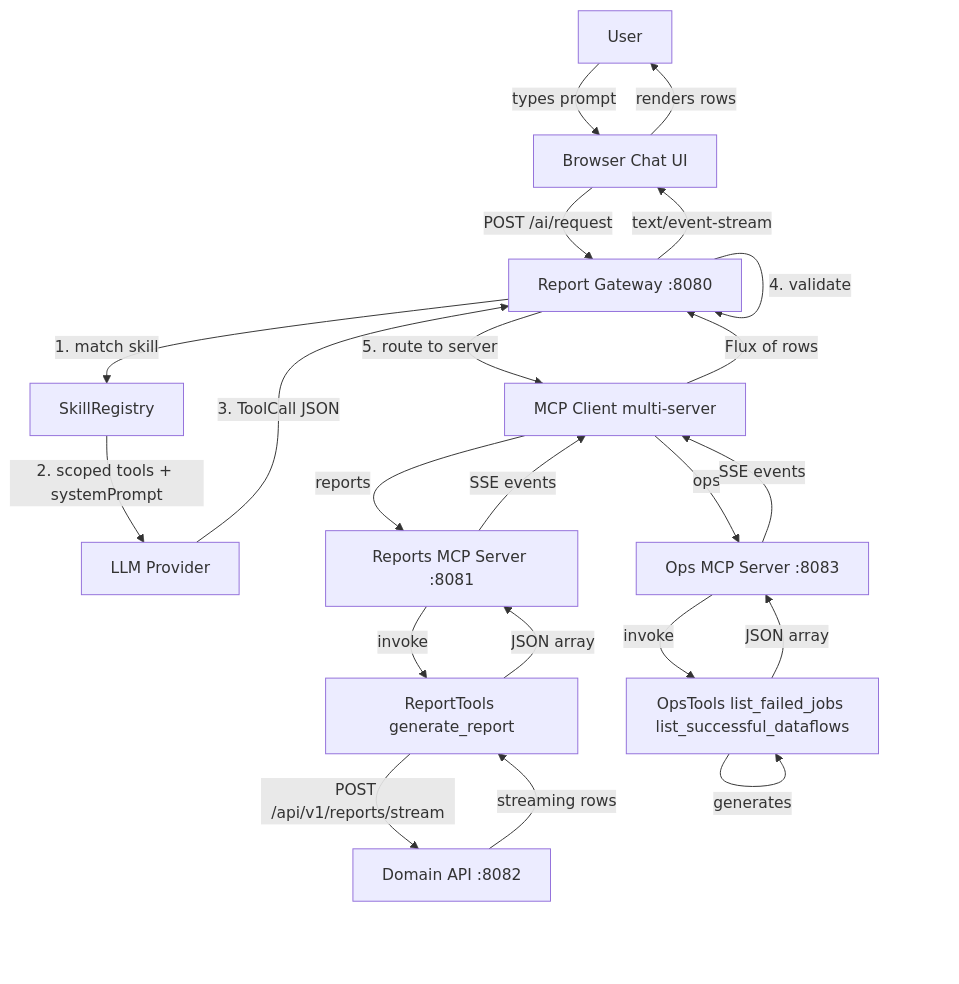
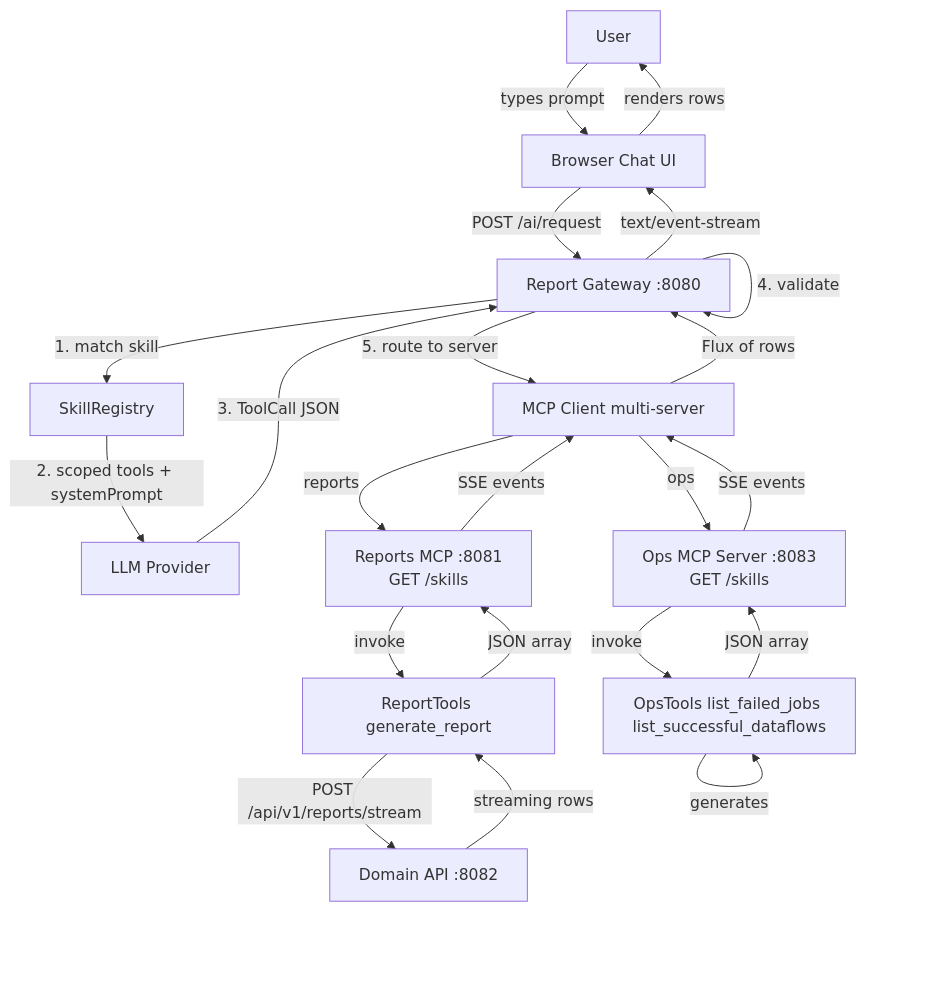
One commit to rajashashankmuppirala/mcp-poc changed the first of 12 diagrams in docs/ARCHITECTURE_V2.md. Above: the diagram before and after it, drawn with Mermaid. The commit also changed other lines of this file and 13 other files, not shown here.

````diff
--- a/docs/ARCHITECTURE_V2.md
+++ b/docs/ARCHITECTURE_V2.md
@@ -13,36 +13,36 @@
 ```mermaid
 flowchart TD
     User[User]
     Browser[Browser Chat UI]
     Gateway[Report Gateway :8080]
     LLM[LLM Provider]
     SkillReg[SkillRegistry]
     MCPClient[MCP Client multi-server]
-    ReportsMCP[Reports MCP Server :8081]
-    OpsMCP[Ops MCP Server :8083]
+    ReportsMCP[Reports MCP :8081<br/>GET /skills]
+    OpsMCP[Ops MCP Server :8083<br/>GET /skills]
     ReportTools[ReportTools generate_report]
     OpsTools[OpsTools list_failed_jobs list_successful_dataflows]
     DomainAPI[Domain API :8082]
 
     User -->|types prompt| Browser
     Browser -->|POST /ai/request| Gateway
     Gateway -->|1. match skill| SkillReg
     SkillReg -->|2. scoped tools + systemPrompt| LLM
     LLM -->|3. ToolCall JSON| Gateway
     Gateway -->|4. validate| Gateway
     Gateway -->|5. route to server| MCPClient
     MCPClient -->|reports| ReportsMCP
     MCPClient -->|ops| OpsMCP
     ReportsMCP -->|invoke| ReportTools
     OpsMCP -->|invoke| OpsTools
     ReportTools -->|POST /api/v1/reports/stream| DomainAPI
     OpsTools -->|generates| OpsTools
     DomainAPI -->|streaming rows| ReportTools
     ReportTools -->|JSON array| ReportsMCP
     OpsTools -->|JSON array| OpsMCP
     ReportsMCP -->|SSE events| MCPClient
     OpsMCP -->|SSE events| MCPClient
     MCPClient -->|Flux of rows| Gateway
     Gateway -->|text/event-stream| Browser
     Browser -->|renders rows| User
 ```
````
